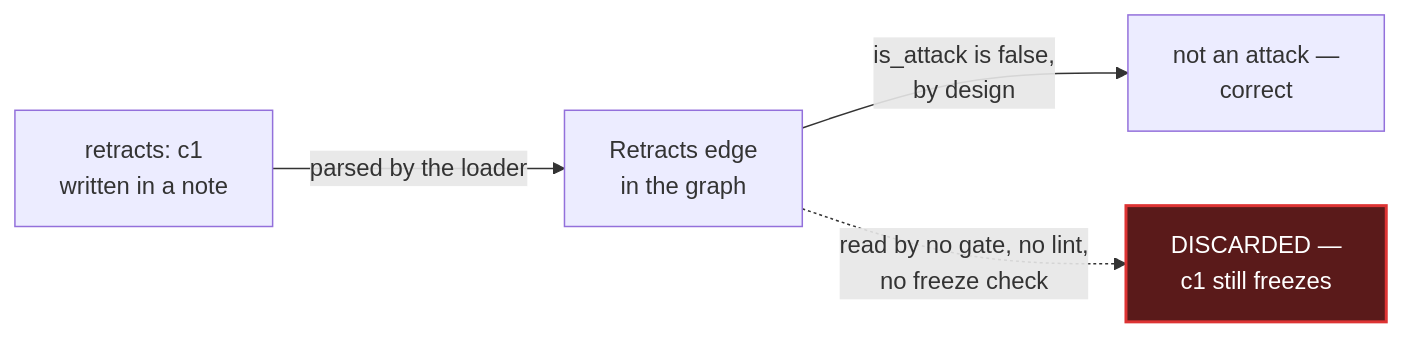
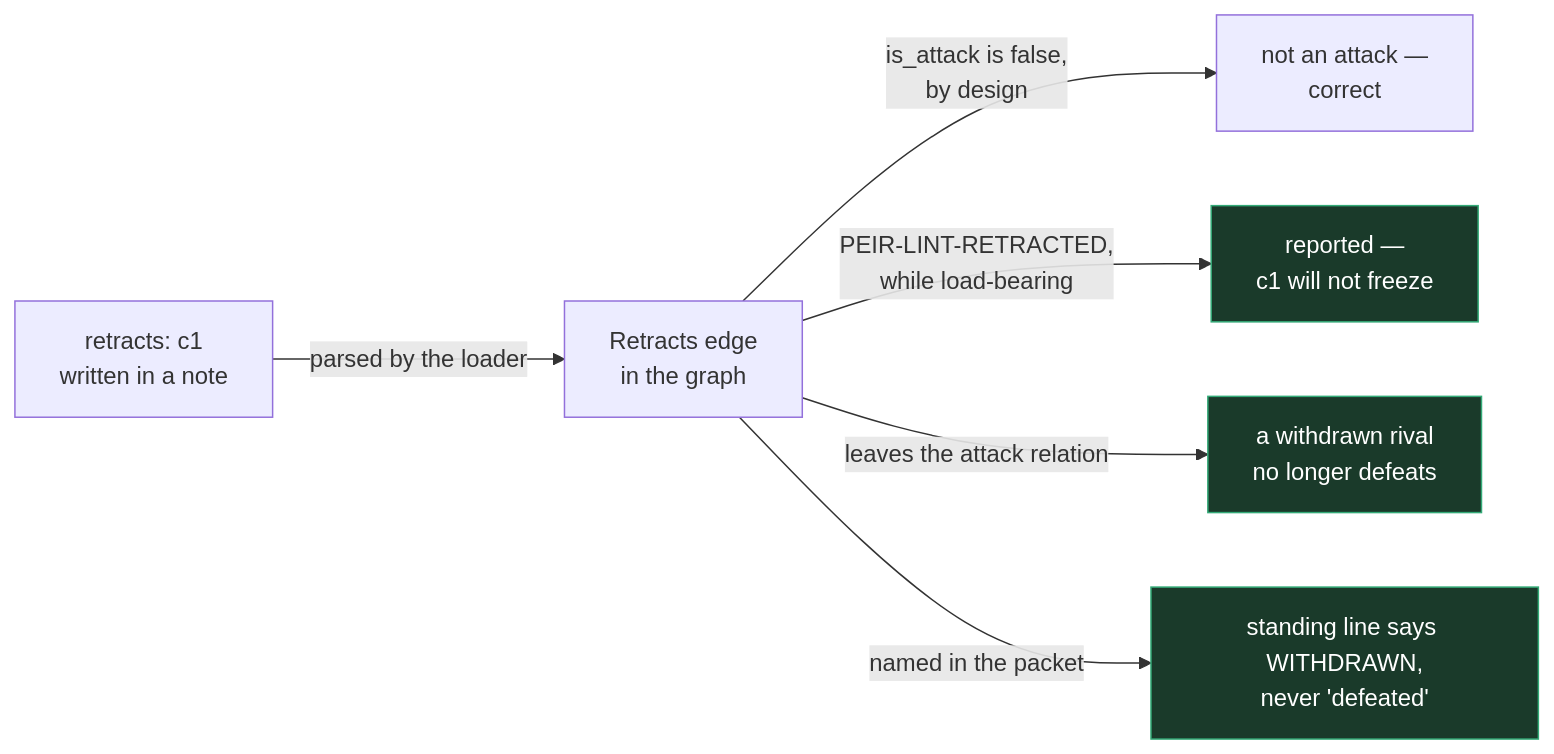
Before and after one commit to SecurityRonin/peira: the second of 7 diagrams in docs/architecture.md, drawn with Mermaid. The commit also changed other lines of this file and 2 other files, not shown here.

First line of the commit message:
docs: the record said broken for things that were repaired

````diff
--- a/docs/architecture.md
+++ b/docs/architecture.md
@@ -110,9 +112,13 @@
 ```mermaid
 flowchart LR
     W["retracts: c1<br/>written in a note"] -->|"parsed by the loader"| E["Retracts edge<br/>in the graph"]
     E -->|"is_attack is false,<br/>by design"| A["not an attack —<br/>correct"]
-    E -.->|"read by no gate, no lint,<br/>no freeze check"| D["DISCARDED —<br/>c1 still freezes"]
+    E -->|"PEIR-LINT-RETRACTED,<br/>while load-bearing"| L["reported —<br/>c1 will not freeze"]
+    E -->|"leaves the attack relation"| G2["a withdrawn rival<br/>no longer defeats"]
+    E -->|"named in the packet"| S["standing line says WITHDRAWN,<br/>never 'defeated'"]
 
-    D:::broken
-    classDef broken fill:#5a1a1a,stroke:#d33,color:#fff,stroke-width:2px
+    L:::mended
+    G2:::mended
+    S:::mended
+    classDef mended fill:#1a3a2a,stroke:#3a7,color:#fff
 ```
````
